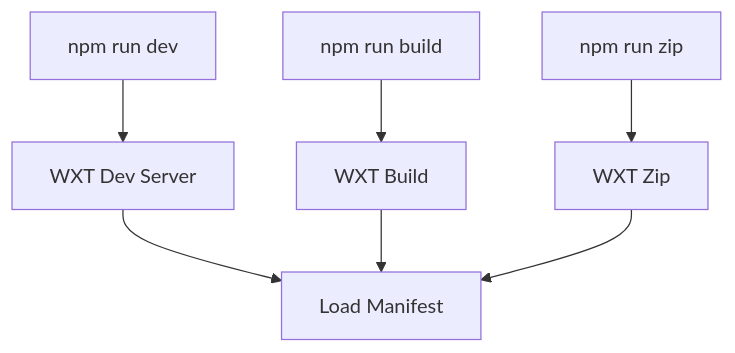
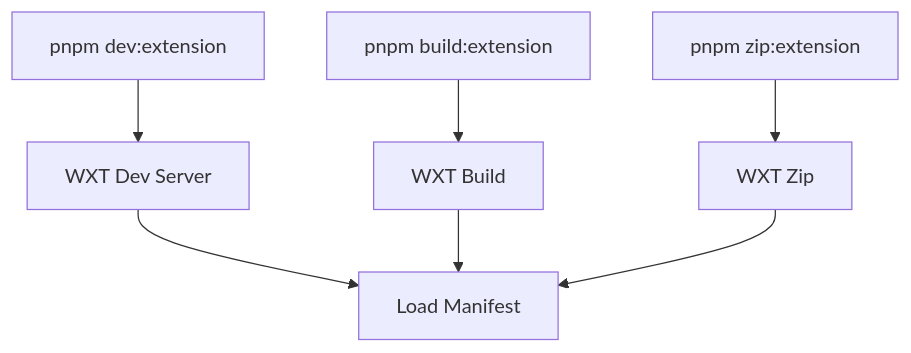
Before and after one commit to tashifkhan/tashif.codes: the seventh of 8 diagrams in src/data/docs/agentic-browser/Development Guidelines.md, drawn with Mermaid. The commit also changed other lines of this file and 2128 other files, not shown here.

First line of the commit message:
docs: replace raster diagram images with native Mermaid across project guides

````diff
--- a/src/data/docs/agentic-browser/Development Guidelines.md
+++ b/src/data/docs/agentic-browser/Development Guidelines.md
@@ -174,9 +167,9 @@
 ```mermaid
 flowchart TD
-Dev["npm run dev"] --> WXTDev["WXT Dev Server"]
-Build["npm run build"] --> WXTBuild["WXT Build"]
-Zip["npm run zip"] --> WXTZip["WXT Zip"]
+Dev["pnpm dev:extension"] --> WXTDev["WXT Dev Server"]
+Build["pnpm build:extension"] --> WXTBuild["WXT Build"]
+Zip["pnpm zip:extension"] --> WXTZip["WXT Zip"]
 WXTDev --> Manifest["Load Manifest"]
 WXTBuild --> Manifest
 WXTZip --> Manifest
 ```
````
